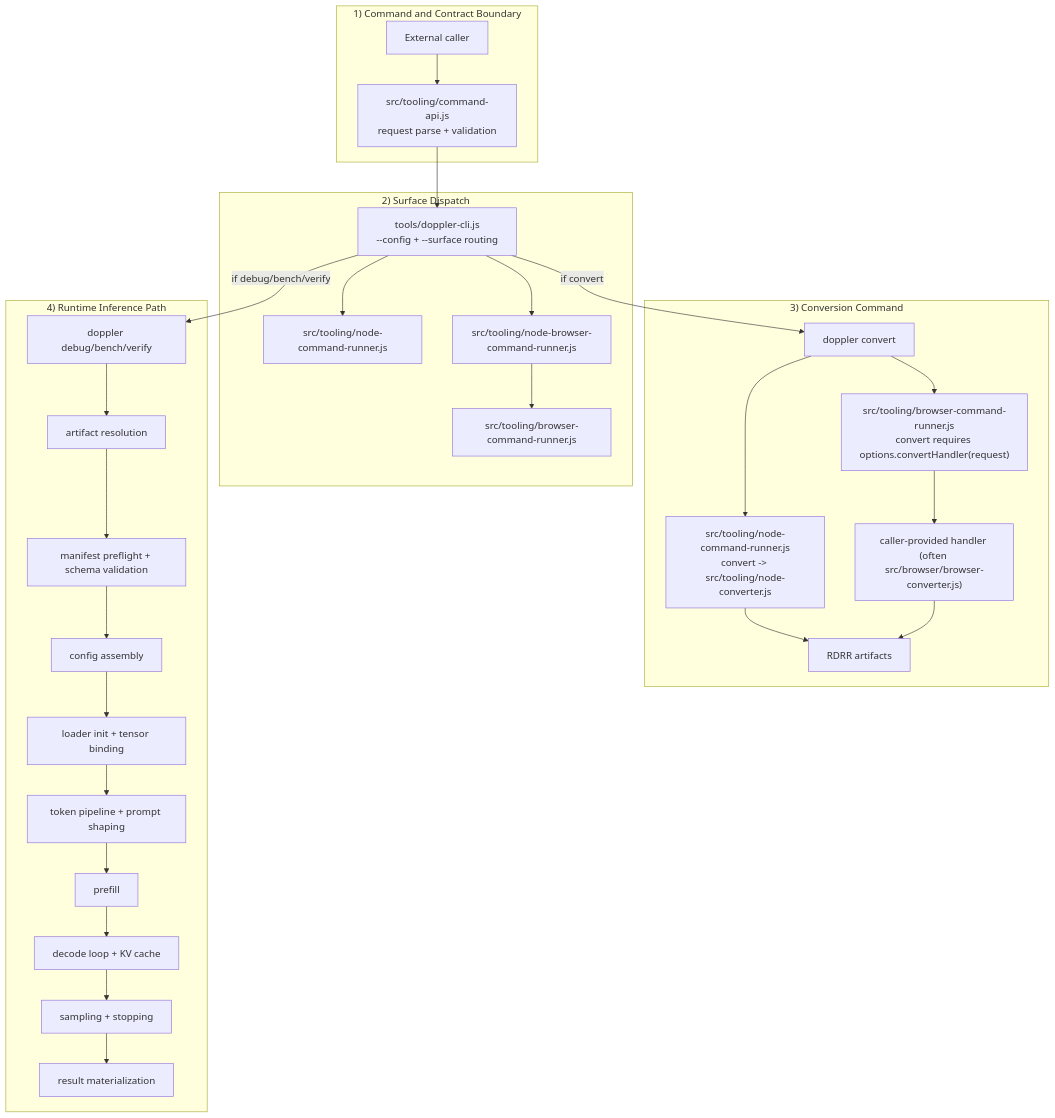
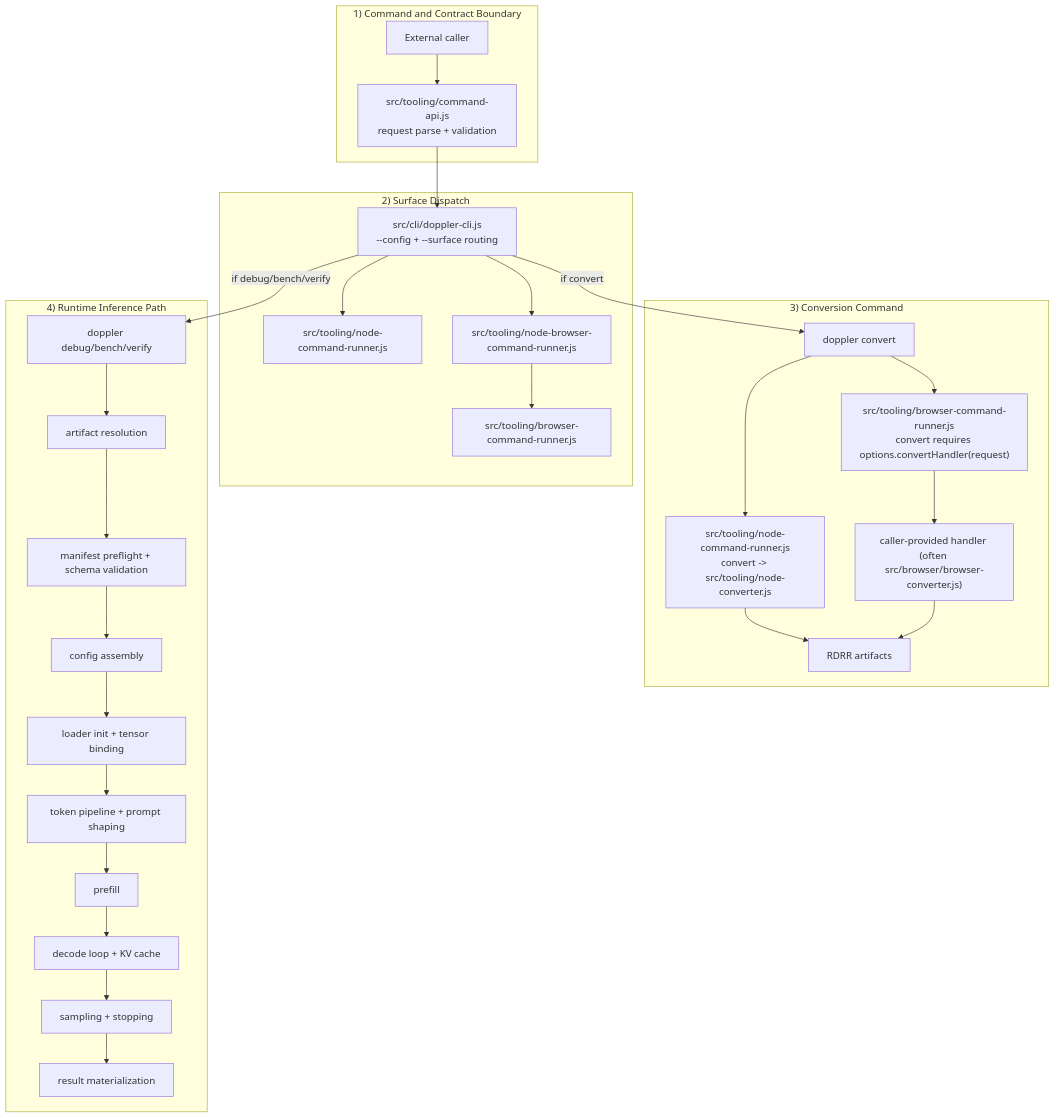
The diagram in docs/pipeline-contract.md (clocksmith/doppler), drawn with Mermaid before and after one commit. The commit also changed other lines of this file and 283 other files, not shown here.

````diff
--- a/docs/pipeline-contract.md
+++ b/docs/pipeline-contract.md
@@ -5,43 +5,43 @@
 ```mermaid
 flowchart TD
   subgraph Entry["1) Command and Contract Boundary"]
     A["External caller"]
     B["src/tooling/command-api.js\nrequest parse + validation"]
     A --> B
   end
 
   subgraph Dispatch["2) Surface Dispatch"]
-    C["tools/doppler-cli.js\n--config + --surface routing"]
+    C["src/cli/doppler-cli.js\n--config + --surface routing"]
     D["src/tooling/node-command-runner.js"]
     E["src/tooling/node-browser-command-runner.js"]
     F["src/tooling/browser-command-runner.js"]
     B --> C --> D
     C --> E --> F
   end
 
   subgraph Conversion["3) Conversion Command"]
     CVT["doppler convert"]
     G["src/tooling/node-command-runner.js\nconvert -> src/tooling/node-converter.js"]
     H["src/tooling/browser-command-runner.js\nconvert requires options.convertHandler(request)"]
     I["caller-provided handler (often src/browser/browser-converter.js)"]
     RA["RDRR artifacts"]
     C -->|if convert| CVT
     CVT --> G --> RA
     CVT --> H --> I --> RA
   end
 
   subgraph Runtime["4) Runtime Inference Path"]
     RT0["doppler debug/bench/verify"]
     RT1["artifact resolution"]
     RT2["manifest preflight + schema validation"]
     RT3["config assembly"]
     RT4["loader init + tensor binding"]
     RT5["token pipeline + prompt shaping"]
     RT6["prefill"]
     RT7["decode loop + KV cache"]
     RT8["sampling + stopping"]
     RT9["result materialization"]
     C -->|if debug/bench/verify| RT0
     RT0 --> RT1 --> RT2 --> RT3 --> RT4 --> RT5 --> RT6 --> RT7 --> RT8 --> RT9
   end
 ```
````
